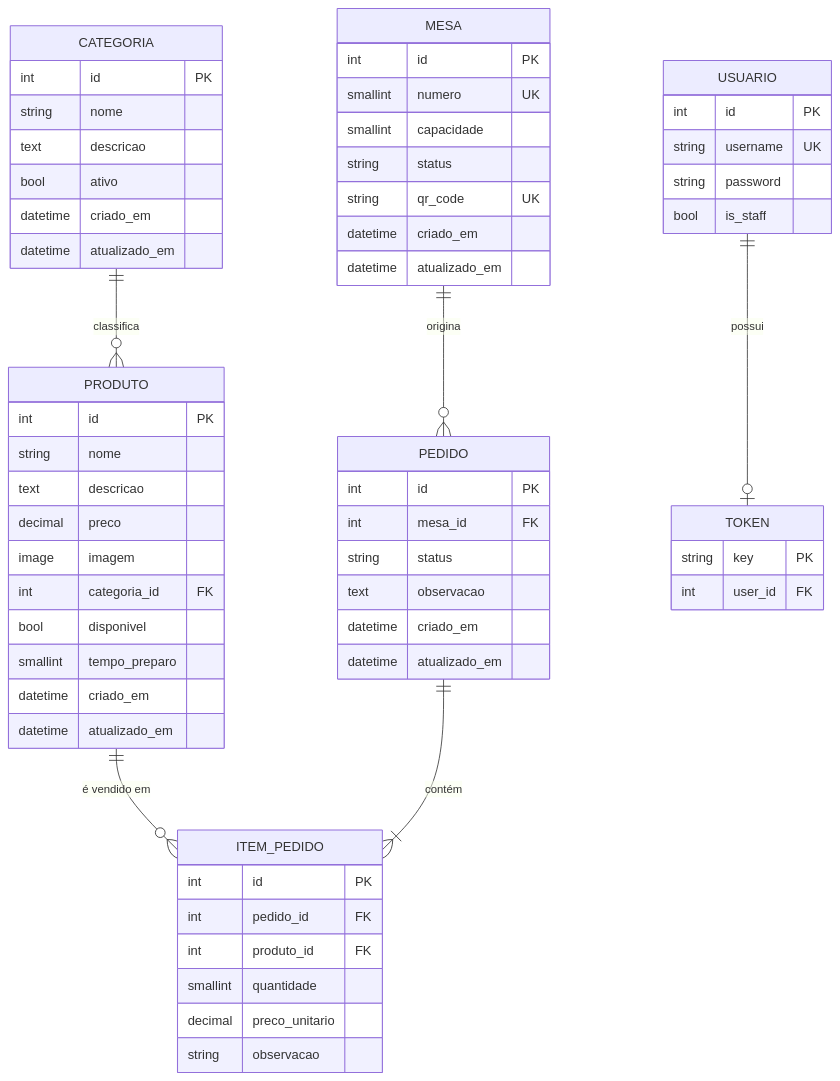
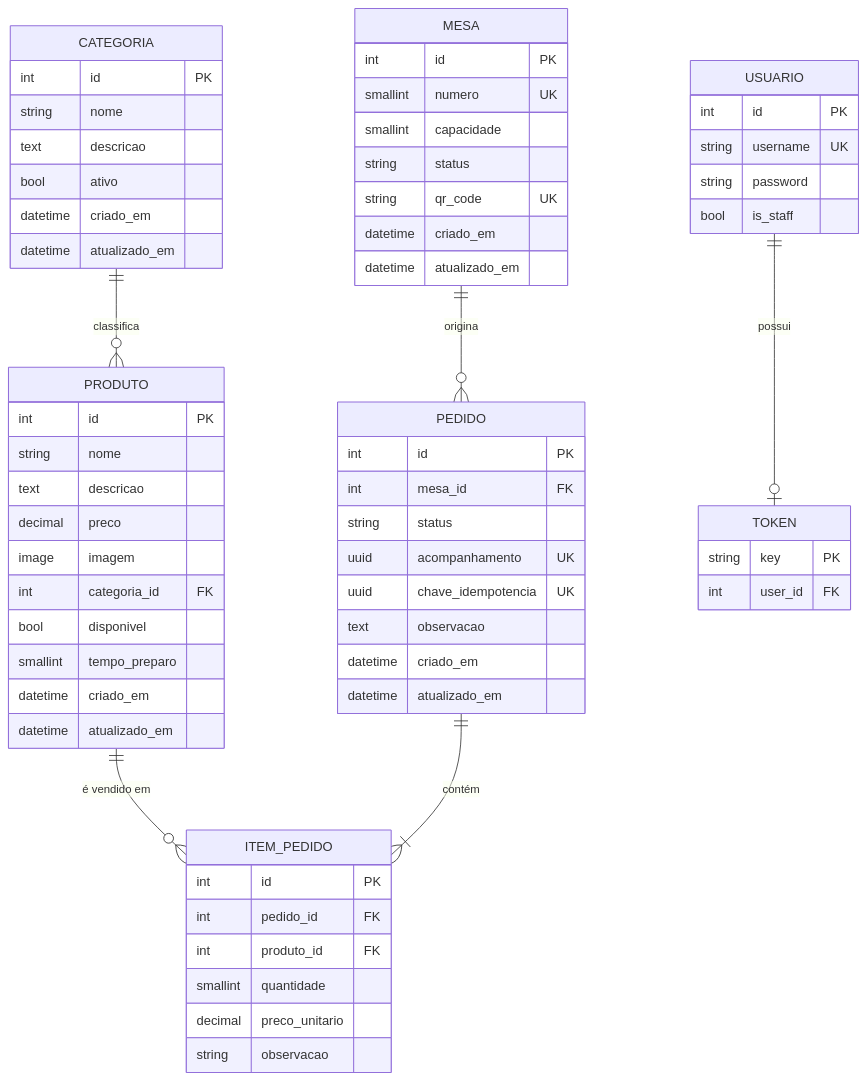
One commit to SynkPedrin/SmartFood-TCC changed the first of 2 diagrams in docs/03-modelo-de-dados.md. Above: the diagram before and after it, drawn with Mermaid. The commit also changed other lines of this file and 91 other files, not shown here.

````diff
--- a/docs/03-modelo-de-dados.md
+++ b/docs/03-modelo-de-dados.md
@@ -5,70 +5,72 @@
 ```mermaid
 erDiagram
     CATEGORIA ||--o{ PRODUTO : classifica
     PRODUTO   ||--o{ ITEM_PEDIDO : "é vendido em"
     MESA      ||--o{ PEDIDO : origina
     PEDIDO    ||--|{ ITEM_PEDIDO : contém
     USUARIO   ||--o| TOKEN : possui
 
     CATEGORIA {
         int id PK
         string nome
         text descricao
         bool ativo
         datetime criado_em
         datetime atualizado_em
     }
 
     PRODUTO {
         int id PK
         string nome
         text descricao
         decimal preco
         image imagem
         int categoria_id FK
         bool disponivel
         smallint tempo_preparo
         datetime criado_em
         datetime atualizado_em
     }
 
     MESA {
         int id PK
         smallint numero UK
         smallint capacidade
         string status
         string qr_code UK
         datetime criado_em
         datetime atualizado_em
     }
 
     PEDIDO {
         int id PK
         int mesa_id FK
         string status
+        uuid acompanhamento UK
+        uuid chave_idempotencia UK
         text observacao
         datetime criado_em
         datetime atualizado_em
     }
 
     ITEM_PEDIDO {
         int id PK
         int pedido_id FK
         int produto_id FK
         smallint quantidade
         decimal preco_unitario
         string observacao
     }
 
     USUARIO {
         int id PK
         string username UK
         string password
         bool is_staff
     }
 
     TOKEN {
         string key PK
         int user_id FK
     }
 ```
````
